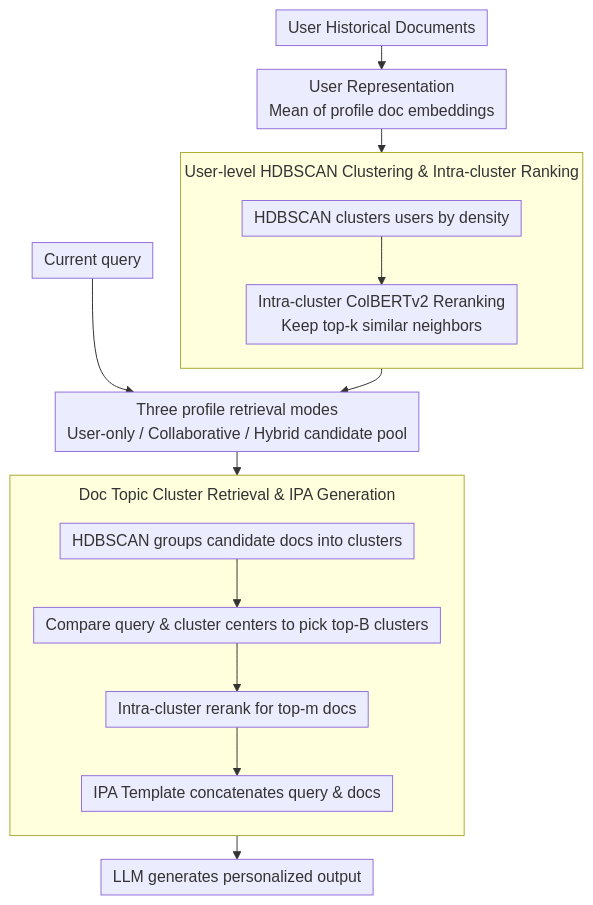
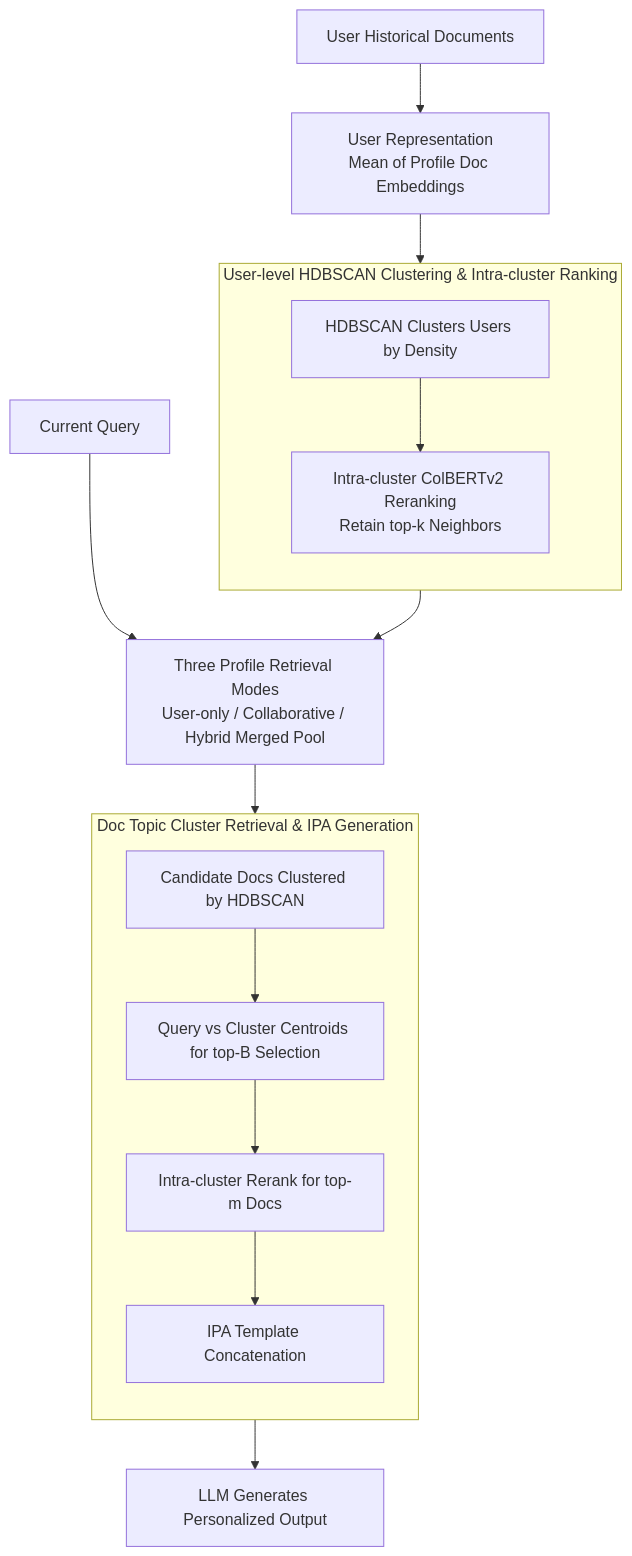
Before and after one commit to zhaoyang97/Paper-Notes-en: the diagram in docs/ACL2026/recommender/clusterrag_cluster-based_collaborative_filtering_for_personalized_retrieval-augm.md, drawn with Mermaid. The commit also changed other lines of this file and 5084 other files, not shown here.

````diff
--- a/docs/ACL2026/recommender/clusterrag_cluster-based_collaborative_filtering_for_personalized_retrieval-augm.md
+++ b/docs/ACL2026/recommender/clusterrag_cluster-based_collaborative_filtering_for_personalized_retrieval-augm.md
@@ -43,20 +43,19 @@
 ```mermaid
-%%{init: {'flowchart': {'rankSpacing': 24, 'nodeSpacing': 28, 'padding': 6, 'wrappingWidth': 400, 'subGraphTitleMargin': {'top': 8, 'bottom': 16}}}}%%
 flowchart TD
-    A["User Historical Documents"] --> B["User Representation<br/>Mean of profile doc embeddings"]
+    A["User Historical Documents"] --> B["User Representation<br/>Mean of Profile Doc Embeddings"]
     subgraph S1["User-level HDBSCAN Clustering & Intra-cluster Ranking"]
         direction TB
-        C["HDBSCAN clusters users by density"] --> D["Intra-cluster ColBERTv2 Reranking<br/>Keep top-k similar neighbors"]
+        C["HDBSCAN Clusters Users by Density"] --> D["Intra-cluster ColBERTv2 Reranking<br/>Retain top-k Neighbors"]
     end
     B --> S1
-    Q["Current query"] --> E["Three profile retrieval modes<br/>User-only / Collaborative / Hybrid candidate pool"]
+    Q["Current Query"] --> E["Three Profile Retrieval Modes<br/>User-only / Collaborative / Hybrid Merged Pool"]
     S1 --> E
     subgraph S3["Doc Topic Cluster Retrieval & IPA Generation"]
         direction TB
-        F["HDBSCAN groups candidate docs into clusters"] --> G["Compare query & cluster centers to pick top-B clusters"]
-        G --> H["Intra-cluster rerank for top-m docs"]
-        H --> I["IPA Template concatenates query & docs"]
+        F["Candidate Docs Clustered by HDBSCAN"] --> G["Query vs Cluster Centroids for top-B Selection"]
+        G --> H["Intra-cluster Rerank for top-m Docs"]
+        H --> I["IPA Template Concatenation"]
     end
     E --> S3
-    S3 --> J["LLM generates personalized output"]
+    S3 --> J["LLM Generates Personalized Output"]
 ```
````
